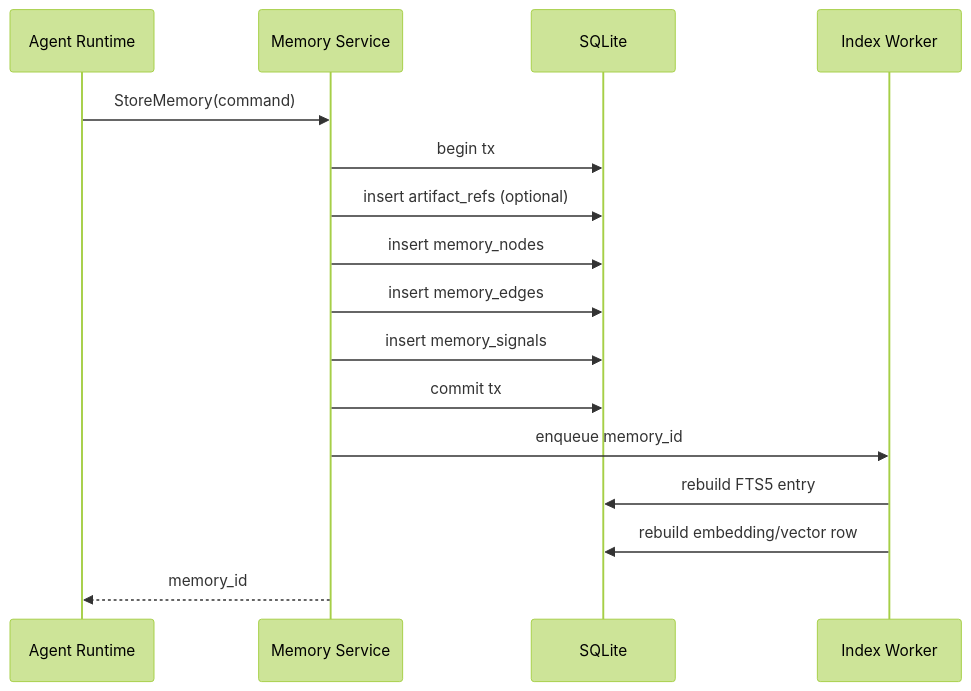
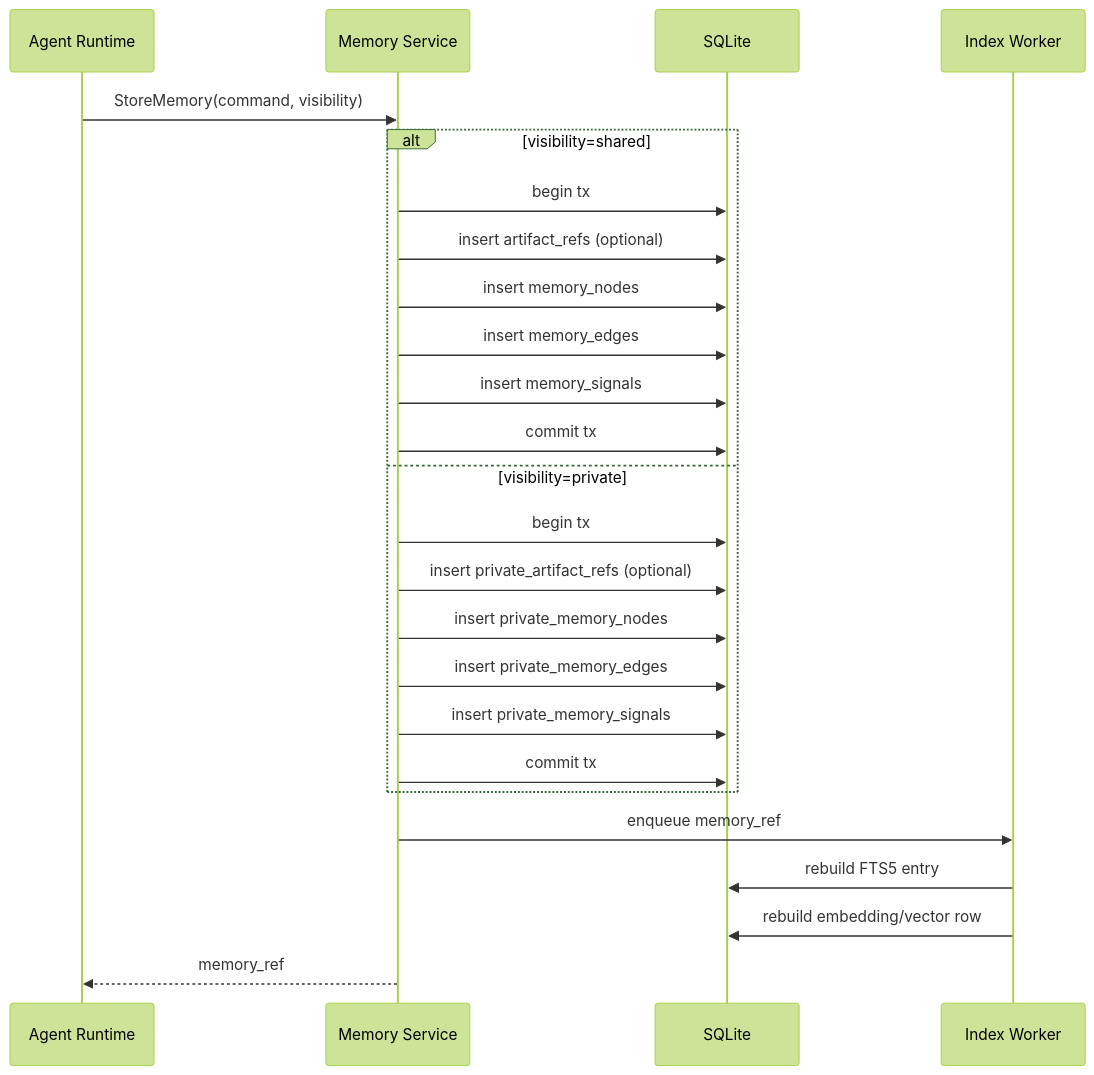
The first of 8 diagrams in docs/architecture/workflows.md (Taku315o/crdt-agent-memory), drawn with Mermaid (forest theme) before and after one commit. The commit also changed other lines of this file and 10 other files, not shown here.

````diff
--- a/docs/architecture/workflows.md
+++ b/docs/architecture/workflows.md
@@ -24,19 +25,28 @@
 ```mermaid
 sequenceDiagram
     participant Agent as Agent Runtime
     participant API as Memory Service
     participant DB as SQLite
     participant IDX as Index Worker
 
-    Agent->>API: StoreMemory(command)
-    API->>DB: begin tx
-    API->>DB: insert artifact_refs (optional)
-    API->>DB: insert memory_nodes
-    API->>DB: insert memory_edges
-    API->>DB: insert memory_signals
-    API->>DB: commit tx
-    API->>IDX: enqueue memory_id
+    Agent->>API: StoreMemory(command, visibility)
+    alt visibility=shared
+        API->>DB: begin tx
+        API->>DB: insert artifact_refs (optional)
+        API->>DB: insert memory_nodes
+        API->>DB: insert memory_edges
+        API->>DB: insert memory_signals
+        API->>DB: commit tx
+    else visibility=private
+        API->>DB: begin tx
+        API->>DB: insert private_artifact_refs (optional)
+        API->>DB: insert private_memory_nodes
+        API->>DB: insert private_memory_edges
+        API->>DB: insert private_memory_signals
+        API->>DB: commit tx
+    end
+    API->>IDX: enqueue memory_ref
     IDX->>DB: rebuild FTS5 entry
     IDX->>DB: rebuild embedding/vector row
-    API-->>Agent: memory_id
+    API-->>Agent: memory_ref
 ```
````
